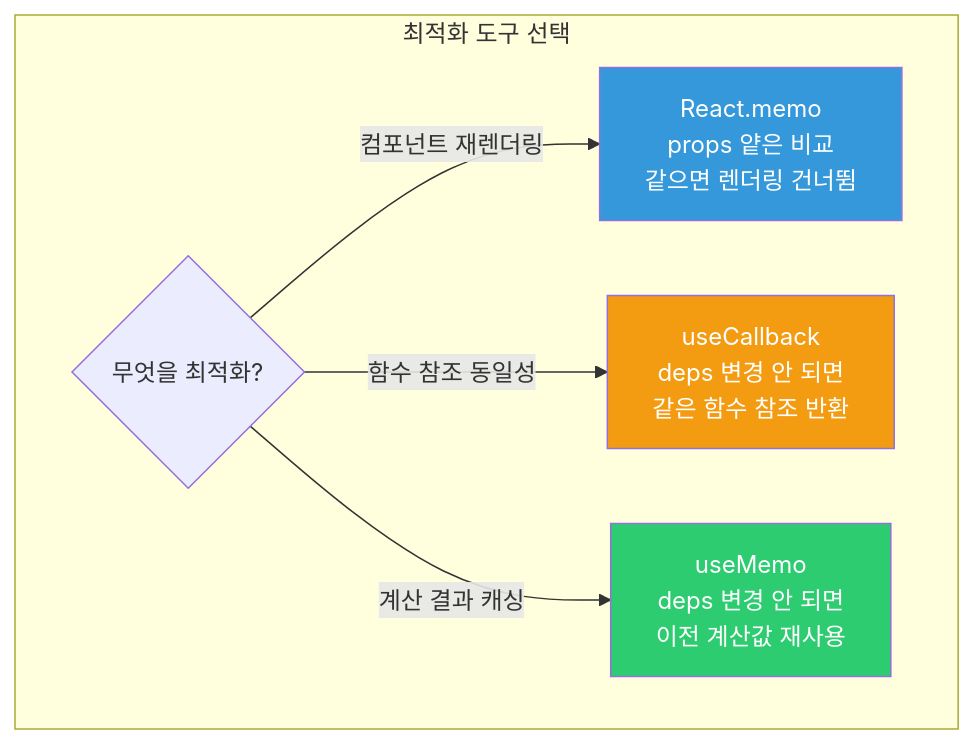
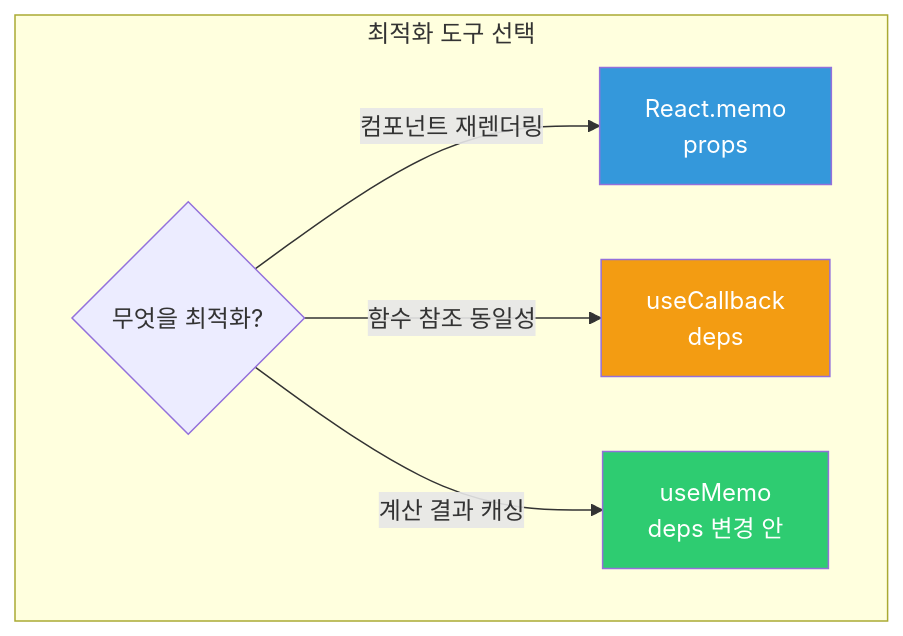
One commit to yjkim2015/yjkim2015.github.io changed the third of 5 diagrams in _posts/frontend/2026-05-01-react.md. Above: the diagram before and after it, drawn with Mermaid. The commit also changed other lines of this file and 271 other files, not shown here.

First line of the commit message:
Mermaid 라벨 축소: 긴 노드 텍스트 18자 이하로 트림 + \n 제거

````diff
--- a/_posts/frontend/2026-05-01-react.md
+++ b/_posts/frontend/2026-05-01-react.md
@@ -205,12 +205,12 @@
 ```mermaid
 flowchart TD
     subgraph "최적화 도구 선택"
         Q1{"무엇을 최적화?"}
-        Q1 -->|"컴포넌트 재렌더링"| MEMO["React.memo\nprops 얕은 비교\n같으면 렌더링 건너뜀"]
-        Q1 -->|"함수 참조 동일성"| USECB["useCallback\ndeps 변경 안 되면\n같은 함수 참조 반환"]
-        Q1 -->|"계산 결과 캐싱"| USEMEMO["useMemo\ndeps 변경 안 되면\n이전 계산값 재사용"]
+        Q1 -->|"컴포넌트 재렌더링"| MEMO["React.memo\nprops"]
+        Q1 -->|"함수 참조 동일성"| USECB["useCallback\ndeps"]
+        Q1 -->|"계산 결과 캐싱"| USEMEMO["useMemo\ndeps 변경 안"]
     end
     style MEMO fill:#3498db,color:#fff
     style USECB fill:#f39c12,color:#fff
     style USEMEMO fill:#2ecc71,color:#fff
 ```
````
